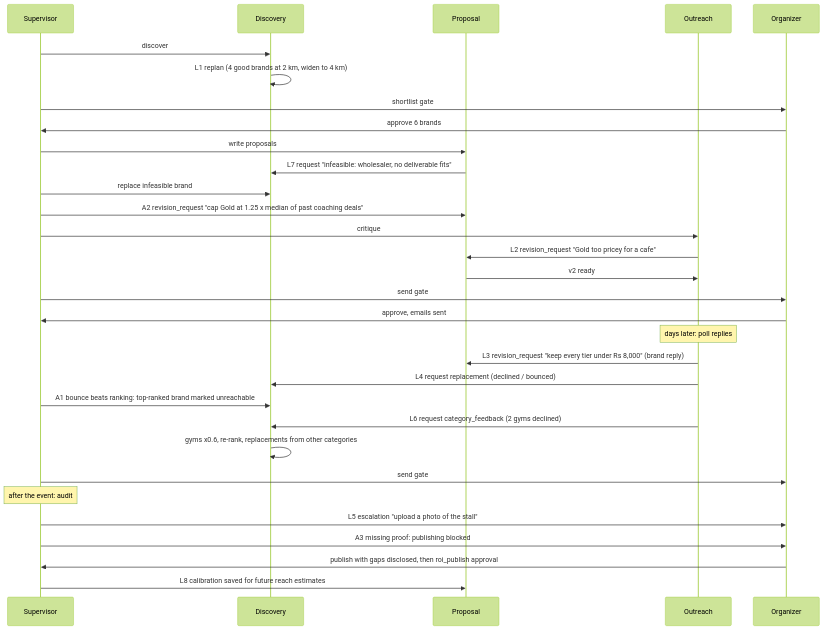
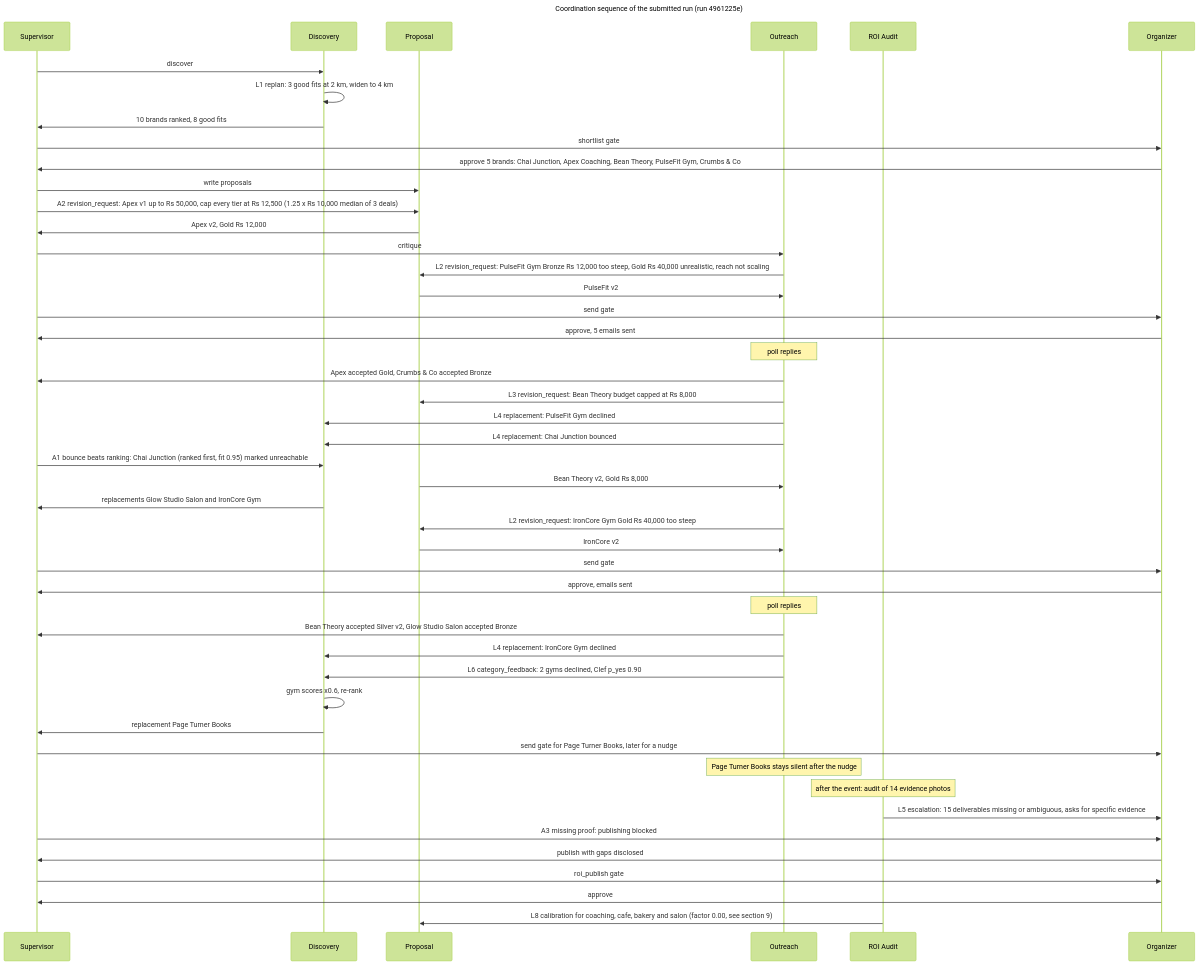
One commit to adroitathena2/Paytriq-Final changed the second of 2 diagrams in docs/design.md. Above: the diagram before and after it, drawn with Mermaid (forest theme). The commit also changed other lines of this file and 1 other file, not shown here.

Commit message:
docs(design): redraw coordination sequence from the submitted run
The section 5 sequence diagram and the README worked examples now follow traces/2026-10-21-demo-mode-full-run.json (run 4961225e): 5 brands shortlisted, L2 on PulseFit Gym and IronCore Gym, L5 for 15 unverified deliverables, and no L7 (the wholesaler was not shortlisted; covered by tests).

````diff
--- a/docs/design.md
+++ b/docs/design.md
@@ -168,33 +171,52 @@
 ```mermaid
+---
+title: Coordination sequence of the submitted run (run 4961225e)
+---
 sequenceDiagram
   participant S as Supervisor
   participant D as Discovery
   participant P as Proposal
   participant O as Outreach
+  participant R as ROI Audit
   participant H as Organizer
   S->>D: discover
-  D->>D: L1 replan (4 good brands at 2 km, widen to 4 km)
+  D->>D: L1 replan: 3 good fits at 2 km, widen to 4 km
+  D->>S: 10 brands ranked, 8 good fits
   S->>H: shortlist gate
-  H->>S: approve 6 brands
+  H->>S: approve 5 brands: Chai Junction, Apex Coaching, Bean Theory, PulseFit Gym, Crumbs & Co
   S->>P: write proposals
-  P->>D: L7 request "infeasible: wholesaler, no deliverable fits"
-  S->>D: replace infeasible brand
-  S->>P: A2 revision_request "cap Gold at 1.25 x median of past coaching deals"
+  S->>P: A2 revision_request: Apex v1 up to Rs 50,000, cap every tier at Rs 12,500 (1.25 x Rs 10,000 median of 3 deals)
+  P->>S: Apex v2, Gold Rs 12,000
   S->>O: critique
-  O->>P: L2 revision_request "Gold too pricey for a cafe"
-  P->>O: v2 ready
+  O->>P: L2 revision_request: PulseFit Gym Bronze Rs 12,000 too steep, Gold Rs 40,000 unrealistic, reach not scaling
+  P->>O: PulseFit v2
+  S->>H: send gate
+  H->>S: approve, 5 emails sent
+  Note over O: poll replies
+  O->>S: Apex accepted Gold, Crumbs & Co accepted Bronze
+  O->>P: L3 revision_request: Bean Theory budget capped at Rs 8,000
+  O->>D: L4 replacement: PulseFit Gym declined
+  O->>D: L4 replacement: Chai Junction bounced
+  S->>D: A1 bounce beats ranking: Chai Junction (ranked first, fit 0.95) marked unreachable
+  P->>O: Bean Theory v2, Gold Rs 8,000
+  D->>S: replacements Glow Studio Salon and IronCore Gym
+  O->>P: L2 revision_request: IronCore Gym Gold Rs 40,000 too steep
+  P->>O: IronCore v2
   S->>H: send gate
   H->>S: approve, emails sent
-  Note over O: days later: poll replies
-  O->>P: L3 revision_request "keep every tier under Rs 8,000" (brand reply)
-  O->>D: L4 request replacement (declined / bounced)
-  S->>D: A1 bounce beats ranking: top-ranked brand marked unreachable
-  O->>D: L6 request category_feedback (2 gyms declined)
-  D->>D: gyms x0.6, re-rank, replacements from other categories
-  S->>H: send gate
-  Note over S: after the event: audit
-  S->>H: L5 escalation "upload a photo of the stall"
+  Note over O: poll replies
+  O->>S: Bean Theory accepted Silver v2, Glow Studio Salon accepted Bronze
+  O->>D: L4 replacement: IronCore Gym declined
+  O->>D: L6 category_feedback: 2 gyms declined, Clef p_yes 0.90
+  D->>D: gym scores x0.6, re-rank
+  D->>S: replacement Page Turner Books
+  S->>H: send gate for Page Turner Books, later for a nudge
+  Note over O: Page Turner Books stays silent after the nudge
+  Note over R: after the event: audit of 14 evidence photos
+  R->>H: L5 escalation: 15 deliverables missing or ambiguous, asks for specific evidence
   S->>H: A3 missing proof: publishing blocked
-  H->>S: publish with gaps disclosed, then roi_publish approval
-  S->>P: L8 calibration saved for future reach estimates
+  H->>S: publish with gaps disclosed
+  S->>H: roi_publish gate
+  H->>S: approve
+  R->>P: L8 calibration for coaching, cafe, bakery and salon (factor 0.00, see section 9)
 ```
````
